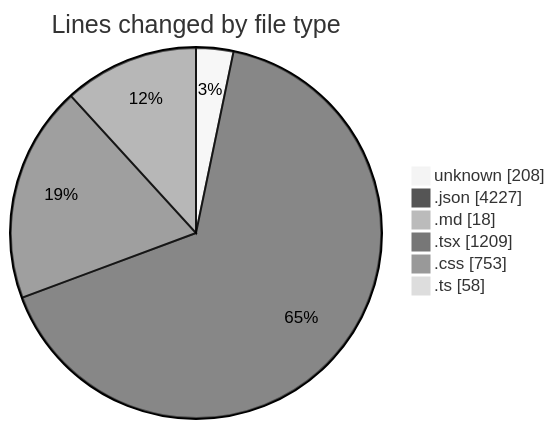
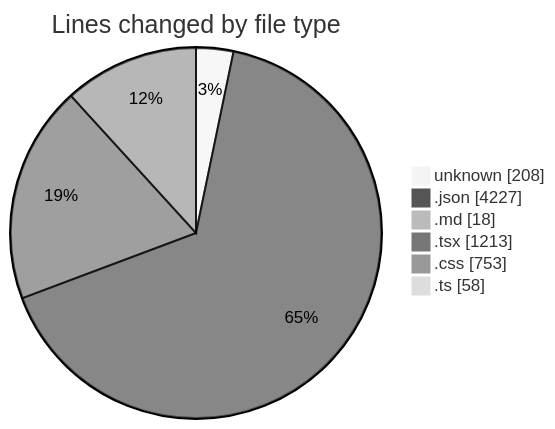
The first of 2 diagrams in 2025-08-07/ribbon/README.md (EIIisD/code-tracking), drawn with Mermaid (neutral theme) before and after one commit. The commit also changed other lines of this file and 1 other file, not shown here.

````diff
--- a/2025-08-07/ribbon/README.md
+++ b/2025-08-07/ribbon/README.md
@@ -36,10 +36,10 @@
 ```mermaid
 pie showData
 title Lines changed by file type
 "unknown" : 208
 ".json" : 4227
 ".md" : 18
-".tsx" : 1209
+".tsx" : 1213
 ".css" : 753
 ".ts" : 58
 ```
````
